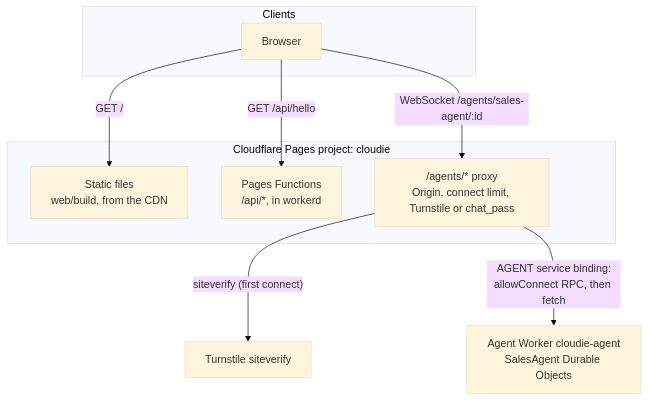
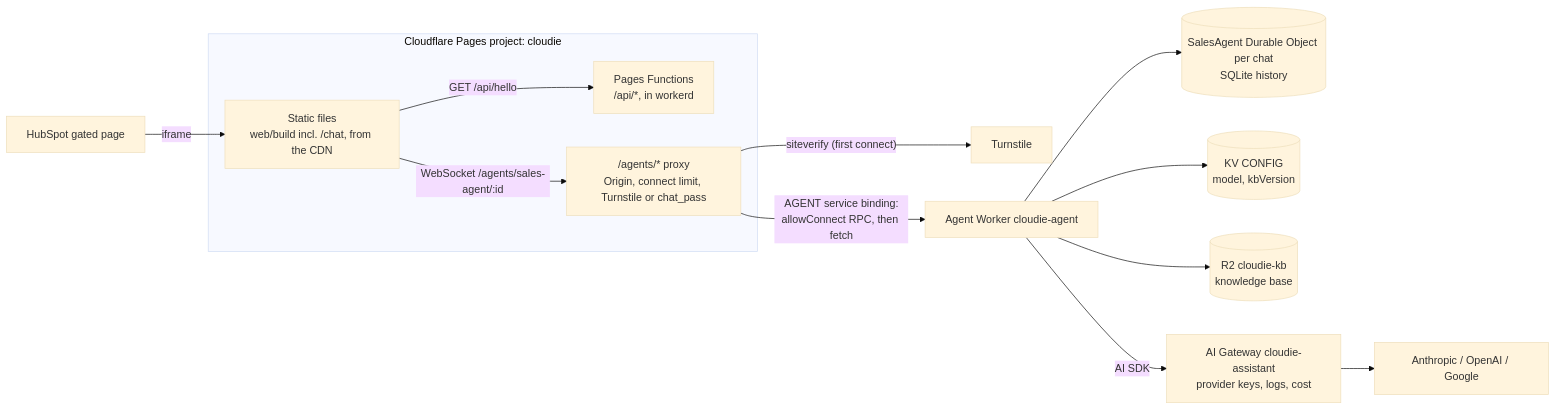
Before and after one commit to randika-srimal/cloudie: the first of 3 diagrams in docs/architecture/overview.md, drawn with Mermaid (base theme). The commit also changed other lines of this file and 14 other files, not shown here.

First line of the commit message:
docs: assistant guide, architecture and e2e chat test

````diff
--- a/docs/architecture/overview.md
+++ b/docs/architecture/overview.md
@@ -7,18 +7,18 @@
 ```mermaid
-flowchart TB
-  subgraph Clients
-    B[Browser]
-  end
-  subgraph Cloudflare["Cloudflare Pages project: cloudie"]
-    S[Static files<br/>web/build, from the CDN]
+flowchart LR
+  HS[HubSpot gated page] -->|iframe| S
+  subgraph Pages["Cloudflare Pages project: cloudie"]
+    S[Static files<br/>web/build incl. /chat, from the CDN]
     F[Pages Functions<br/>/api/*, in workerd]
     P["/agents/* proxy<br/>Origin, connect limit, Turnstile or chat_pass"]
   end
-  A[Agent Worker cloudie-agent<br/>SalesAgent Durable Objects]
-  T[Turnstile siteverify]
-  B -->|"GET /"| S
-  B -->|"GET /api/hello"| F
-  B -->|"WebSocket /agents/sales-agent/:id"| P
-  P -->|"siteverify (first connect)"| T
-  P -->|"AGENT service binding:<br/>allowConnect RPC, then fetch"| A
+  S -->|"GET /api/hello"| F
+  S -->|"WebSocket /agents/sales-agent/:id"| P
+  P -->|"siteverify (first connect)"| T[Turnstile]
+  P -->|"AGENT service binding:<br/>allowConnect RPC, then fetch"| W[Agent Worker cloudie-agent]
+  W --> DO[(SalesAgent Durable Object per chat<br/>SQLite history)]
+  W --> KV[(KV CONFIG<br/>model, kbVersion)]
+  W --> R2[(R2 cloudie-kb<br/>knowledge base)]
+  W -->|AI SDK| GW[AI Gateway cloudie-assistant<br/>provider keys, logs, cost]
+  GW --> LLM[Anthropic / OpenAI / Google]
 ```
````
